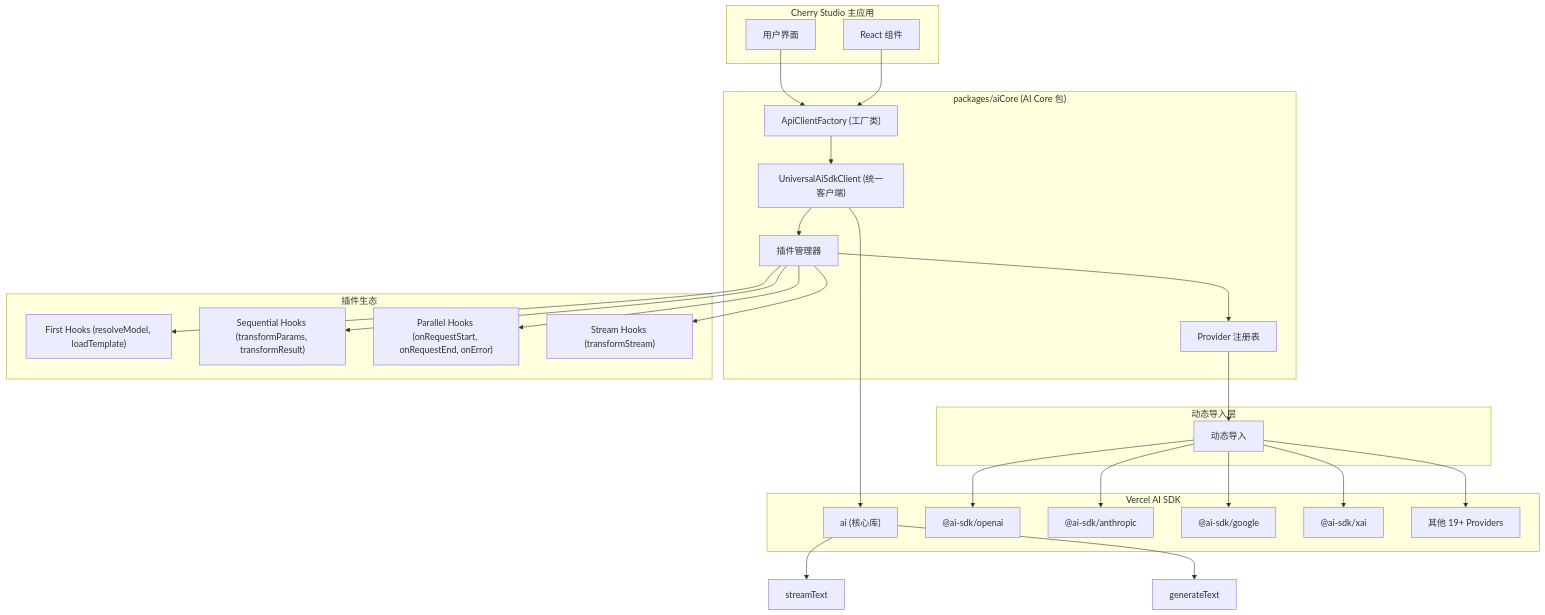
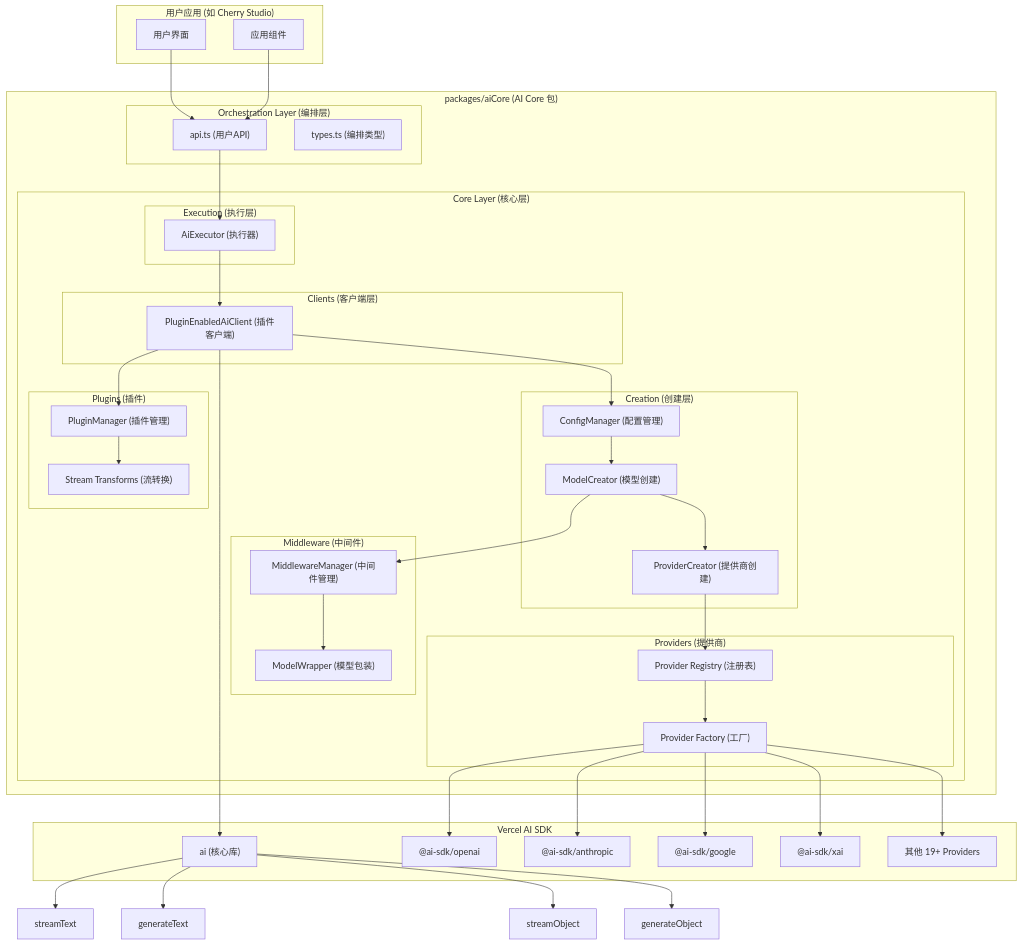
One commit to visiontrail/Raven changed the diagram in packages/aiCore/AI_SDK_ARCHITECTURE.md. Above: the diagram before and after it, drawn with Mermaid. The commit also changed other lines of this file and 38 other files, not shown here.

First line of the commit message:
refactor: restructure AI Core architecture and enhance client functionality

````diff
--- a/packages/aiCore/AI_SDK_ARCHITECTURE.md
+++ b/packages/aiCore/AI_SDK_ARCHITECTURE.md
@@ -26,55 +27,80 @@
 ```mermaid
 graph TD
-    subgraph "Cherry Studio 主应用"
+    subgraph "用户应用 (如 Cherry Studio)"
         UI["用户界面"]
-        Components["React 组件"]
+        Components["应用组件"]
     end
 
     subgraph "packages/aiCore (AI Core 包)"
-        ApiClientFactory["ApiClientFactory (工厂类)"]
-        UniversalClient["UniversalAiSdkClient (统一客户端)"]
-        ProviderRegistry["Provider 注册表"]
-        PluginManager["插件管理器"]
-    end
+        subgraph "Orchestration Layer (编排层)"
+            OrchAPI["api.ts (用户API)"]
+            OrchTypes["types.ts (编排类型)"]
+        end
 
-    subgraph "动态导入层"
-        DynamicImport["动态导入"]
+        subgraph "Core Layer (核心层)"
+            subgraph "Creation (创建层)"
+                ConfigManager["ConfigManager (配置管理)"]
+                ModelCreator["ModelCreator (模型创建)"]
+                ProviderCreator["ProviderCreator (提供商创建)"]
+            end
+
+            subgraph "Execution (执行层)"
+                AiExecutor["AiExecutor (执行器)"]
+            end
+
+            subgraph "Clients (客户端层)"
+                PluginClient["PluginEnabledAiClient (插件客户端)"]
+            end
+
+            subgraph "Middleware (中间件)"
+                MiddlewareManager["MiddlewareManager (中间件管理)"]
+                ModelWrapper["ModelWrapper (模型包装)"]
+            end
+
+            subgraph "Plugins (插件)"
+                PluginManager["PluginManager (插件管理)"]
+                StreamTransforms["Stream Transforms (流转换)"]
+            end
+
+            subgraph "Providers (提供商)"
+                Registry["Provider Registry (注册表)"]
+                Factory["Provider Factory (工厂)"]
+            end
+        end
     end
 
     subgraph "Vercel AI SDK"
         AICore["ai (核心库)"]
         OpenAI["@ai-sdk/openai"]
         Anthropic["@ai-sdk/anthropic"]
         Google["@ai-sdk/google"]
         XAI["@ai-sdk/xai"]
         Others["其他 19+ Providers"]
     end
 
-    subgraph "插件生态"
-        FirstHooks["First Hooks (resolveModel, loadTemplate)"]
-        SequentialHooks["Sequential Hooks (transformParams, transformResult)"]
-        ParallelHooks["Parallel Hooks (onRequestStart, onRequestEnd, onError)"]
-        StreamHooks["Stream Hooks (transformStream)"]
-    end
+    UI --> OrchAPI
+    Components --> OrchAPI
+    OrchAPI --> AiExecutor
+    AiExecutor --> PluginClient
+    PluginClient --> PluginManager
+    PluginClient --> ConfigManager
+    ConfigManager --> ModelCreator
+    ModelCreator --> ProviderCreator
+    ModelCreator --> MiddlewareManager
+    MiddlewareManager --> ModelWrapper
+    ProviderCreator --> Registry
+    Registry --> Factory
+    Factory --> OpenAI
+    Factory --> Anthropic
+    Factory --> Google
+    Factory --> XAI
+    Factory --> Others
 
-    UI --> ApiClientFactory
-    Components --> ApiClientFactory
-    ApiClientFactory --> UniversalClient
-    UniversalClient --> PluginManager
-    PluginManager --> ProviderRegistry
-    ProviderRegistry --> DynamicImport
-    DynamicImport --> OpenAI
-    DynamicImport --> Anthropic
-    DynamicImport --> Google
-    DynamicImport --> XAI
-    DynamicImport --> Others
-
-    UniversalClient --> AICore
+    PluginClient --> AICore
     AICore --> streamText
     AICore --> generateText
+    AICore --> streamObject
+    AICore --> generateObject
 
-    PluginManager --> FirstHooks
-    PluginManager --> SequentialHooks
-    PluginManager --> ParallelHooks
-    PluginManager --> StreamHooks
+    PluginManager --> StreamTransforms
 ```
````
